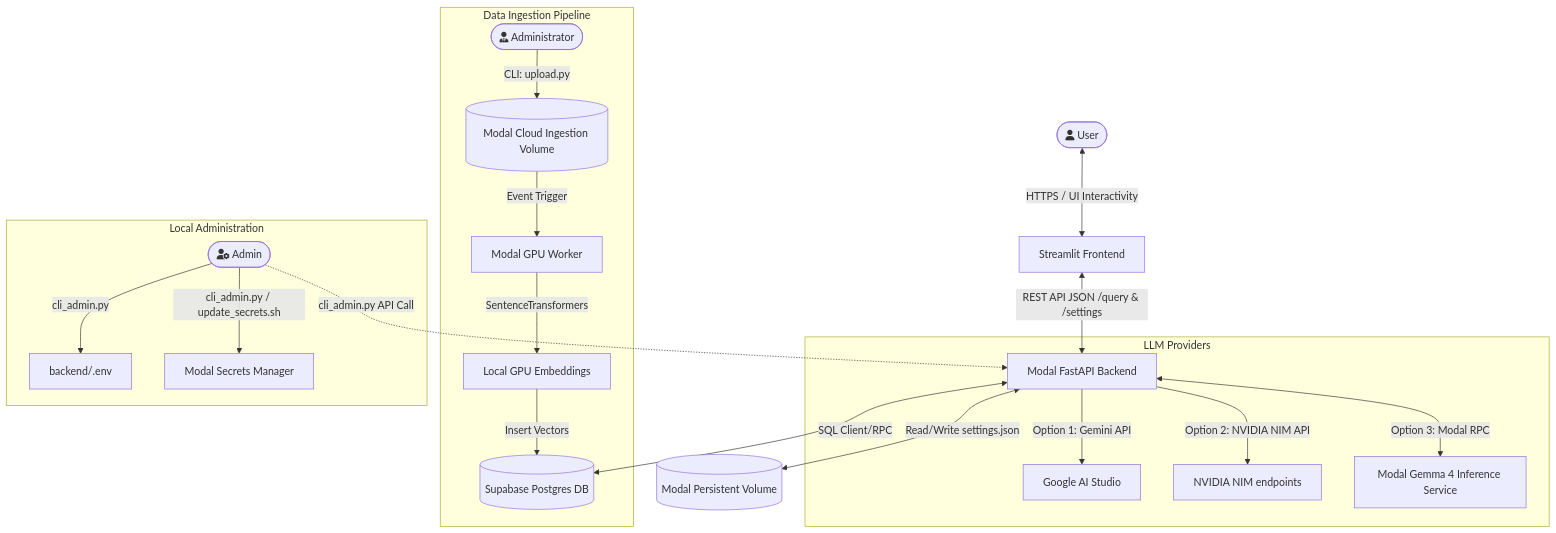
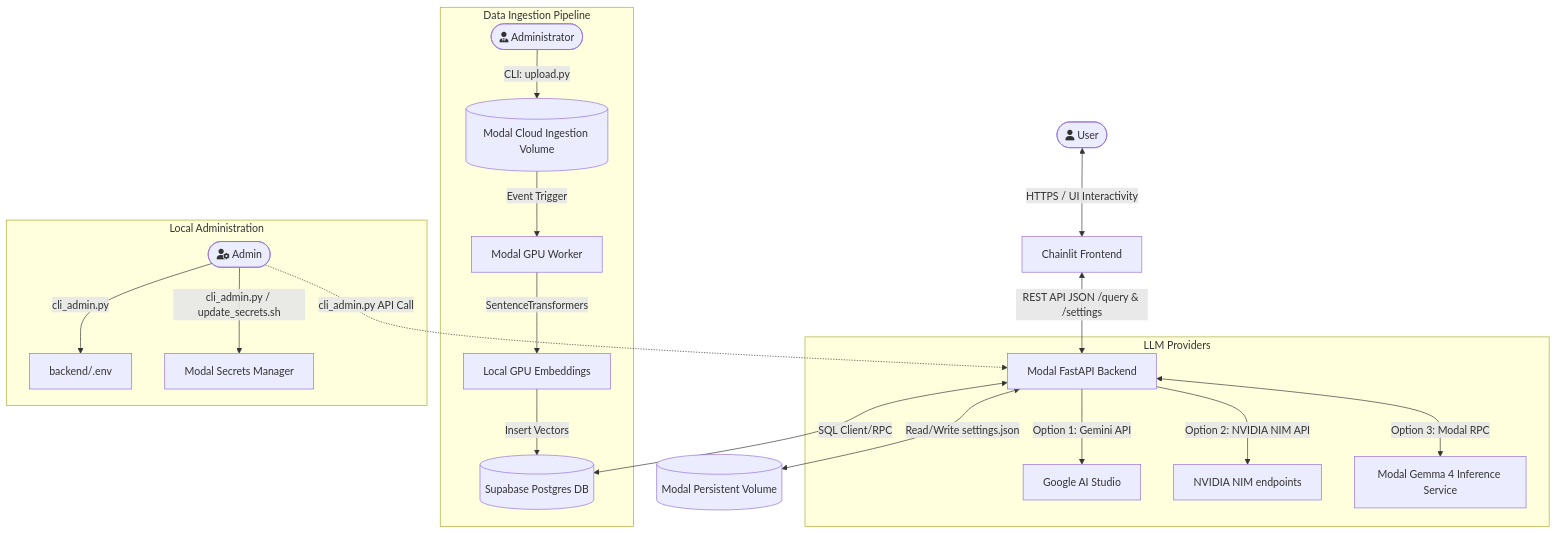
The diagram in docs/architecture.md (BongweKE/acAIcia), drawn with Mermaid before and after one commit. The commit also changed other lines of this file and 11 other files, not shown here.

````diff
--- a/docs/architecture.md
+++ b/docs/architecture.md
@@ -11,31 +11,31 @@
 ```mermaid
 flowchart TD
-    User([fa:fa-user User]) <-->|HTTPS / UI Interactivity| UI[Streamlit Frontend]
+    User([fa:fa-user User]) <-->|HTTPS / UI Interactivity| UI[Chainlit Frontend]
     UI <-->|REST API JSON /query & /settings| API[Modal FastAPI Backend]
     API <-->|SQL Client/RPC| DB[(Supabase Postgres DB)]
     
     %% Config & Volume
     API <-->|Read/Write settings.json| Vol[(Modal Persistent Volume)]
     
     %% Provider Routing
     subgraph LLM Providers
         API -->|Option 1: Gemini API| Gemini[Google AI Studio]
         API -->|Option 2: NVIDIA NIM API| NIM[NVIDIA NIM endpoints]
         API <-->|Option 3: Modal RPC| Gemma[Modal Gemma 4 Inference Service]
     end
     
     %% Ingestion
     subgraph Data Ingestion Pipeline
         IngestAdmin([fa:fa-user-tie Administrator]) -->|CLI: upload.py| IngestVol[(Modal Cloud Ingestion Volume)]
         IngestVol -->|Event Trigger| Worker[Modal GPU Worker]
         Worker -->|SentenceTransformers| LocalEmbed[Local GPU Embeddings]
         LocalEmbed -->|Insert Vectors| DB
     end
 
     %% CLI Administration
     subgraph Local Administration
         Admin([fa:fa-user-cog Admin]) -->|cli_admin.py| Env[backend/.env]
         Admin -->|cli_admin.py / update_secrets.sh| Secrets[Modal Secrets Manager]
         Admin -.->|cli_admin.py API Call| API
     end
 ```
````
